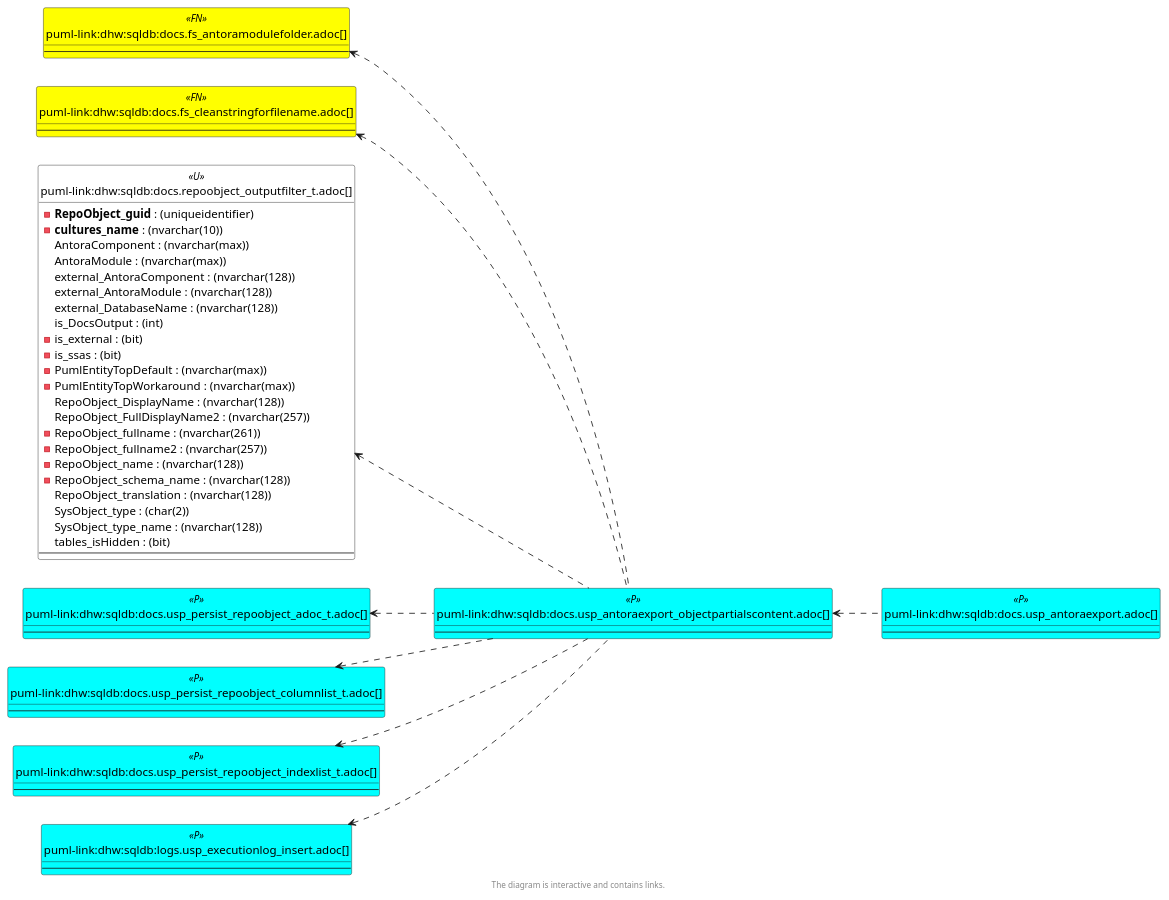
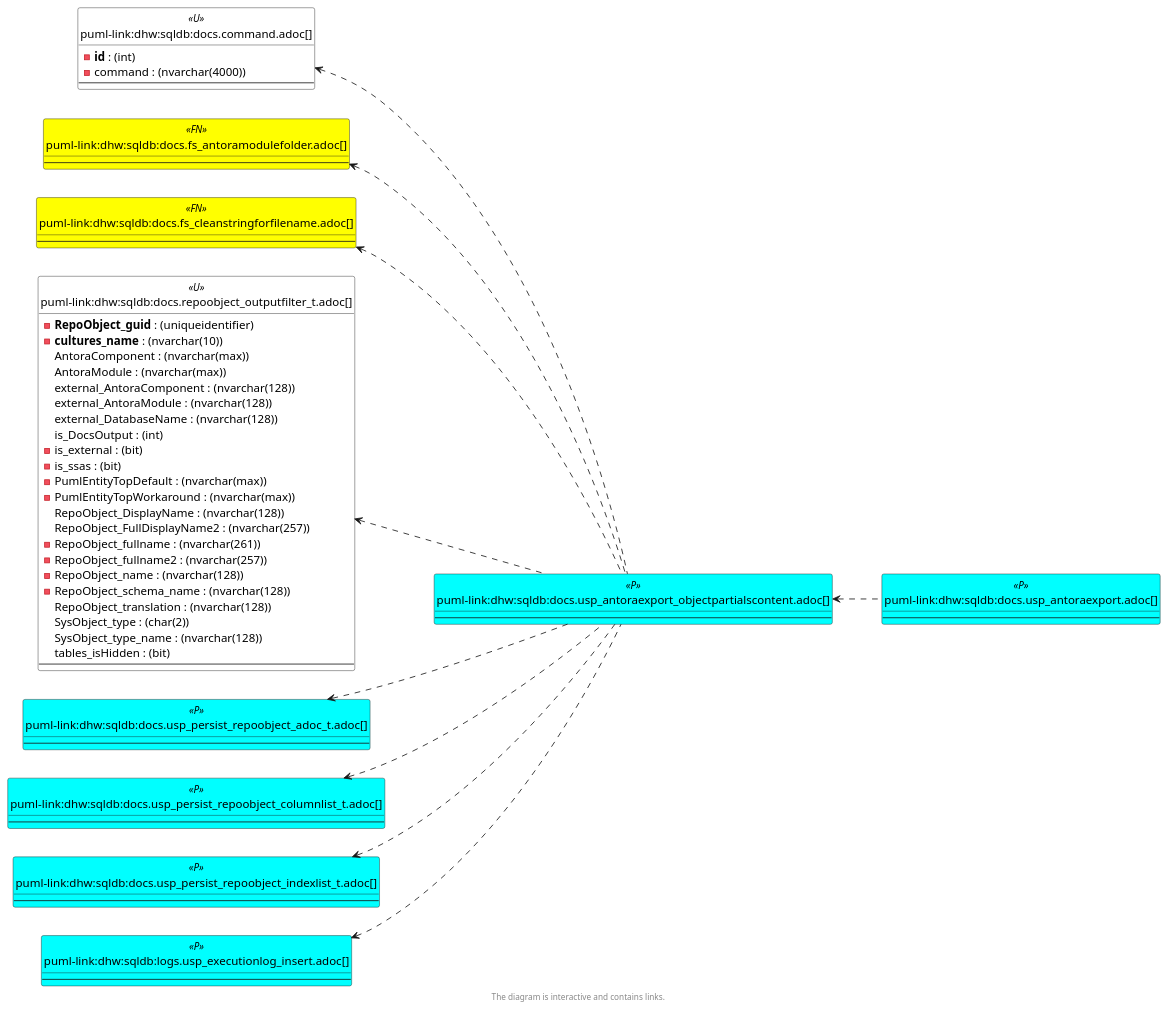
The sixth of 6 diagrams in docs/modules/sqldb/partials/content/docs.usp_antoraexport_objectpartialscontent.adoc (DataHandwerk/dhw-antora-sqldb), drawn with PlantUML before and after one commit. The commit also changed other lines of this file and 701 other files, not shown here.

```diff
--- a/docs/modules/sqldb/partials/content/docs.usp_antoraexport_objectpartialscontent.adoc
+++ b/docs/modules/sqldb/partials/content/docs.usp_antoraexport_objectpartialscontent.adoc
@@ -2741,6 +2763,12 @@
   BackgroundColor<<external>> AliceBlue
 }
 
+
+entity "puml-link:dhw:sqldb:docs.command.adoc[]" as docs.command << U >> {
+  - **id** : (int)
+  - command : (nvarchar(4000))
+  --
+}
 
 entity "puml-link:dhw:sqldb:docs.fs_antoramodulefolder.adoc[]" as docs.fs_AntoraModuleFolder << FN >> {
   --
@@ -2800,6 +2828,7 @@
   --
 }
 
+docs.command <.. docs.usp_AntoraExport_ObjectPartialsContent
 docs.fs_AntoraModuleFolder <.. docs.usp_AntoraExport_ObjectPartialsContent
 docs.fs_cleanStringForFilename <.. docs.usp_AntoraExport_ObjectPartialsContent
 docs.RepoObject_OutputFilter_T <.. docs.usp_AntoraExport_ObjectPartialsContent
```
